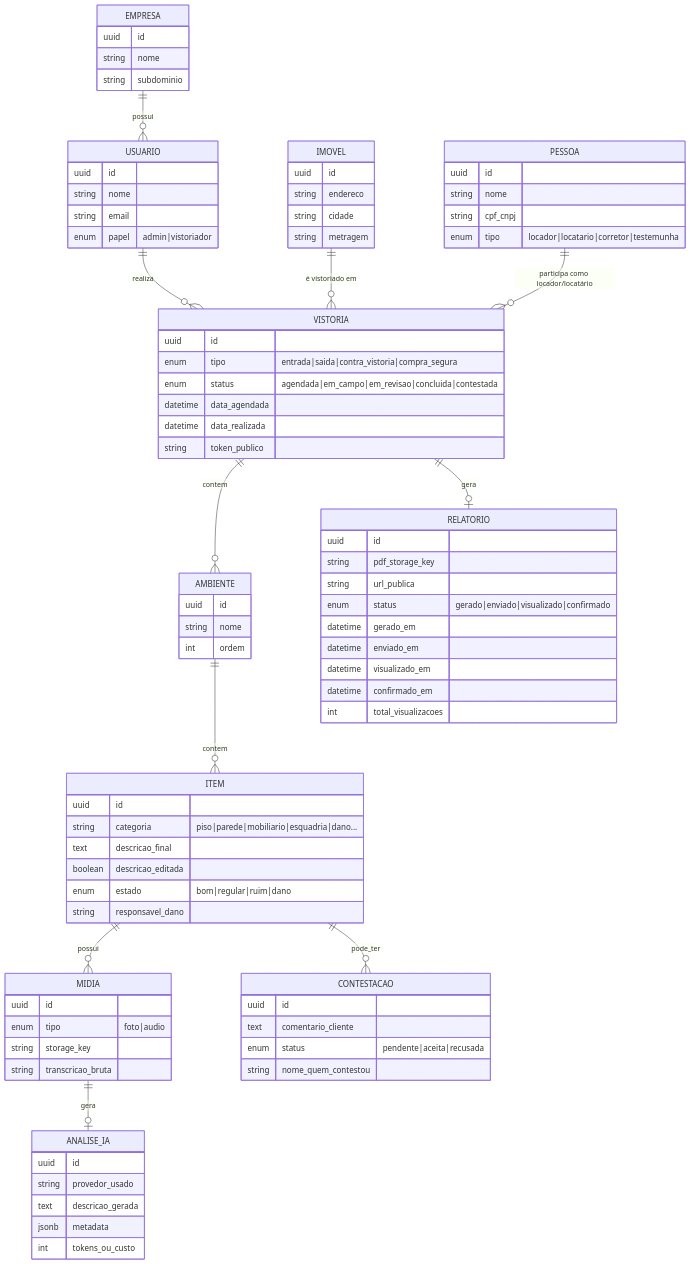
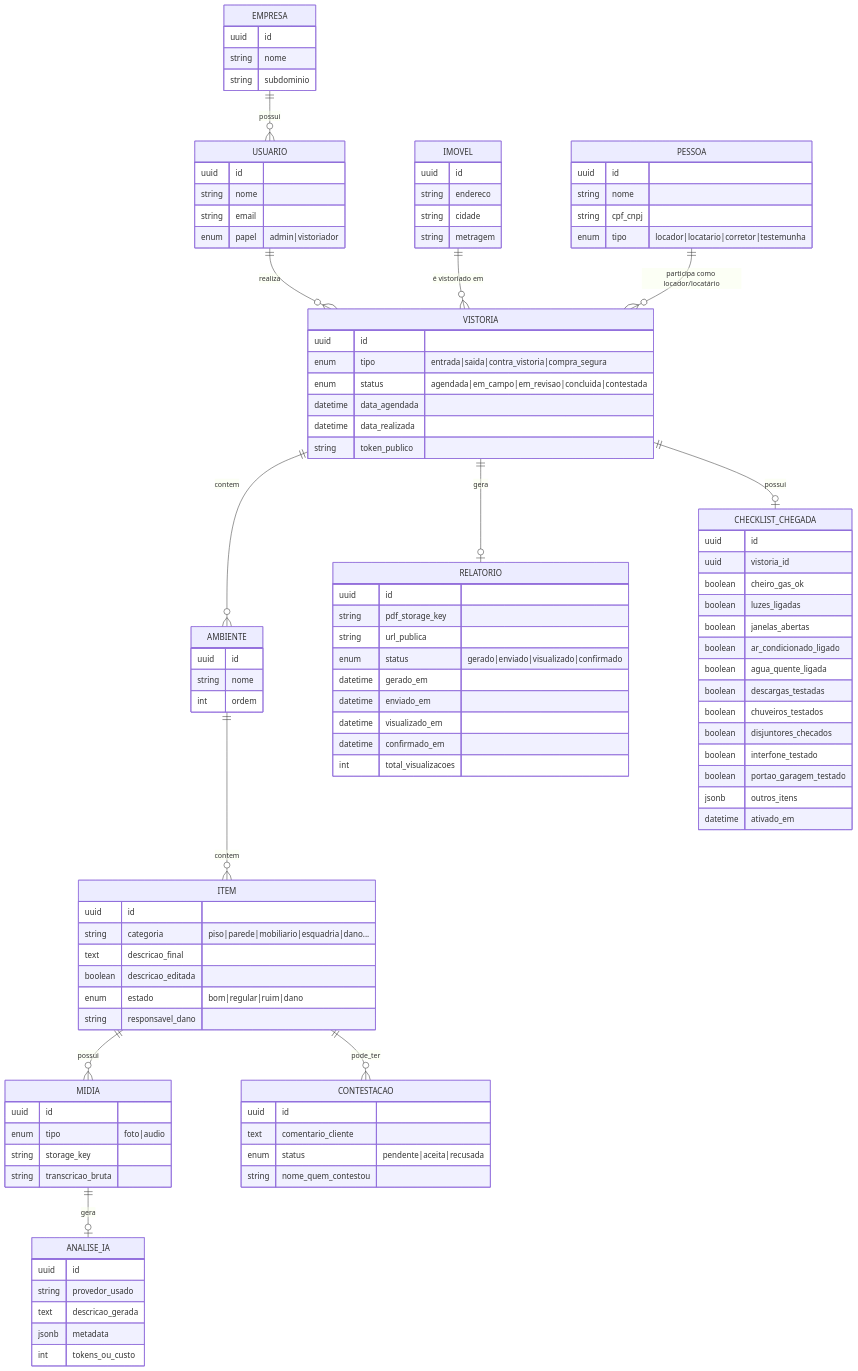
The second of 3 diagrams in SYSTEM_DESIGN.md (Henzen3d/Facilita-Vistorias), drawn with Mermaid before and after one commit. The commit also changed other lines of this file and 3 other files, not shown here.

Commit message:
Update docs and schema with Protocolo de Chegada (ChecklistChegada)

````diff
--- a/SYSTEM_DESIGN.md
+++ b/SYSTEM_DESIGN.md
@@ -71,6 +71,7 @@
     MIDIA ||--o| ANALISE_IA : gera
     VISTORIA ||--o| RELATORIO : gera
     ITEM ||--o{ CONTESTACAO : pode_ter
+    VISTORIA ||--o| CHECKLIST_CHEGADA : possui
  
     EMPRESA {
       uuid id
@@ -146,4 +147,20 @@
       enum status "pendente|aceita|recusada"
       string nome_quem_contestou
     }
+    CHECKLIST_CHEGADA {
+      uuid id
+      uuid vistoria_id
+      boolean cheiro_gas_ok
+      boolean luzes_ligadas
+      boolean janelas_abertas
+      boolean ar_condicionado_ligado
+      boolean agua_quente_ligada
+      boolean descargas_testadas
+      boolean chuveiros_testados
+      boolean disjuntores_checados
+      boolean interfone_testado
+      boolean portao_garagem_testado
+      jsonb outros_itens
+      datetime ativado_em
+    }
 ```
````
